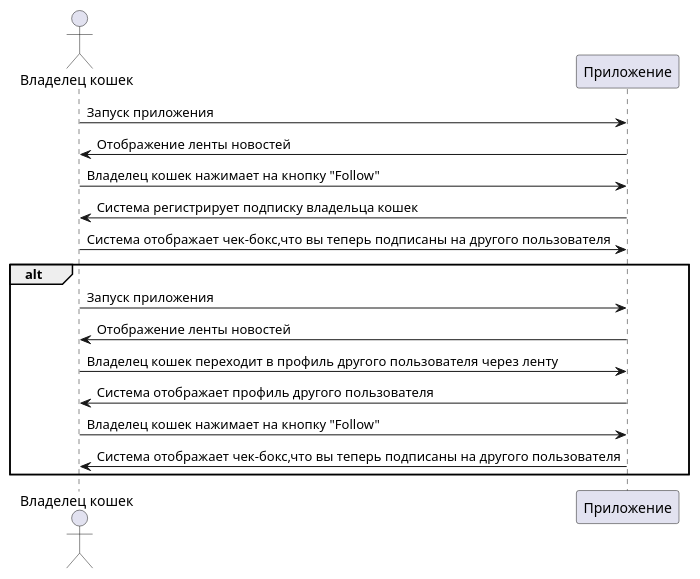
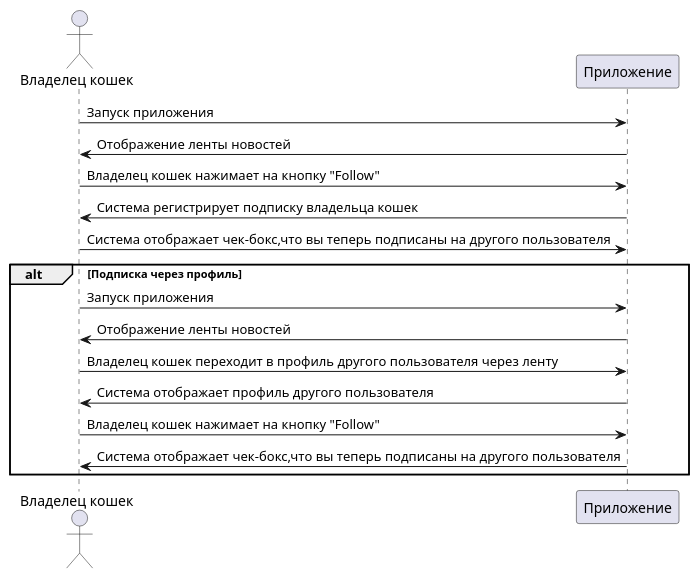
The diagram in src/docs/asciidoc/uml/follow.puml (nikitcat/requirements.github.io), drawn with PlantUML before and after one commit. The commit also changed 2 other files, not shown here.

Commit message:
исправлены uml

```diff
--- a/src/docs/asciidoc/uml/follow.puml
+++ b/src/docs/asciidoc/uml/follow.puml
@@ -1,18 +1,18 @@
 @startuml
 actor "Владелец кошек" as User
 participant "Приложение" as App
 
 User -> App: Запуск приложения
 App -> User: Отображение ленты новостей
 User -> App: Владелец кошек нажимает на кнопку "Follow"
 App -> User: Система регистрирует подписку владельца кошек
 User-> App:  Система отображает чек-бокс,что вы теперь подписаны на другого пользователя
-alt
+alt Подписка через профиль
 User -> App: Запуск приложения
 App -> User: Отображение ленты новостей
 User -> App: Владелец кошек переходит в профиль другого пользователя через ленту
 App -> User: Система отображает профиль другого пользователя
 User-> App:  Владелец кошек нажимает на кнопку "Follow"
 App-> User:  Система отображает чек-бокс,что вы теперь подписаны на другого пользователя
 end
 @enduml
```
